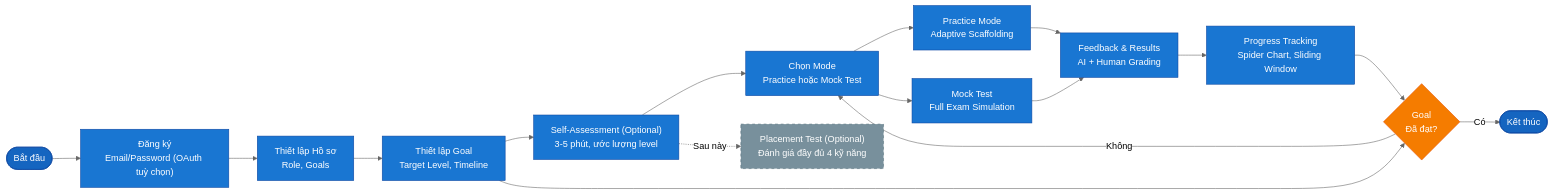
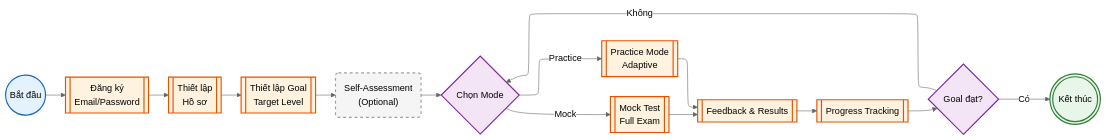
Before and after one commit to nghyane/VSTEP: the ninth of 12 diagrams in docs/capstone/diagrams/flow-diagrams.vi.md, drawn with Mermaid (neutral theme). The commit also changed other lines of this file, not shown here.

First line of the commit message:
refactor(docs): update flow diagrams to Mermaid v11

````diff
--- a/docs/capstone/diagrams/flow-diagrams.vi.md
+++ b/docs/capstone/diagrams/flow-diagrams.vi.md
@@ -657,43 +531,40 @@
 ```mermaid
+---
+config:
+  layout: elk
+---
 flowchart LR
-    Start(["Bắt đầu"])
-    Reg["Đăng ký<br/>Email/Password (OAuth tuỳ chọn)"]
-    Profile["Thiết lập Hồ sơ<br/>Role, Goals"]
-    GoalSet["Thiết lập Goal<br/>Target Level, Timeline"]
-    SelfAssess["Self-Assessment (Optional)<br/>3-5 phút, ước lượng level"]
-    Select["Chọn Mode<br/>Practice hoặc Mock Test"]
-    Practice["Practice Mode<br/>Adaptive Scaffolding"]
-    Mock["Mock Test<br/>Full Exam Simulation"]
-    Feedback["Feedback & Results<br/>AI + Human Grading"]
-    Progress["Progress Tracking<br/>Spider Chart, Sliding Window"]
-    GoalCheck{"Goal<br/>Đã đạt?"}
-    Placement["Placement Test (Optional)<br/>Đánh giá đầy đủ 4 kỹ năng"]
-    End(["Kết thúc"])
+    Start@{ shape: circle, label: "Bắt đầu" }
+    Reg@{ shape: fr-rect, label: "Đăng ký<br/>Email/Password" }
+    Profile@{ shape: fr-rect, label: "Thiết lập<br/>Hồ sơ" }
+    Goal@{ shape: fr-rect, label: "Thiết lập Goal<br/>Target Level" }
+    SelfAssess@{ shape: rounded, label: "Self-Assessment<br/>(Optional)" }
+    Select@{ shape: diam, label: "Chọn Mode" }
+    Practice@{ shape: fr-rect, label: "Practice Mode<br/>Adaptive" }
+    Mock@{ shape: fr-rect, label: "Mock Test<br/>Full Exam" }
+    Feedback@{ shape: fr-rect, label: "Feedback & Results" }
+    Progress@{ shape: fr-rect, label: "Progress Tracking" }
+    GoalCheck@{ shape: diam, label: "Goal đạt?" }
+    End@{ shape: dbl-circ, label: "Kết thúc" }
 
-    Start --> Reg
-    Reg --> Profile
-    Profile --> GoalSet
-    GoalSet --> SelfAssess
-    SelfAssess --> Select
-    Select --> Practice
-    Select --> Mock
+    Start --> Reg --> Profile --> Goal --> SelfAssess --> Select
+    Select -->|"Practice"| Practice
+    Select -->|"Mock"| Mock
     Practice --> Feedback
     Mock --> Feedback
-    Feedback --> Progress
-    Progress --> GoalCheck
-    GoalSet --> GoalCheck
+    Feedback --> Progress --> GoalCheck
     GoalCheck -->|"Không"| Select
     GoalCheck -->|"Có"| End
-    SelfAssess -.->|"Sau này"| Placement
 
-    classDef start fill:#1565c0,stroke:#0d47a1,color:#fff
-    classDef process fill:#1976d2,stroke:#0d47a1,color:#fff
-    classDef decision fill:#f57c00,stroke:#e65100,color:#fff
-    classDef outcome fill:#7b1fa2,stroke:#4a148c,color:#fff
-    classDef optional fill:#78909c,stroke:#546e7a,color:#fff,stroke-dasharray: 5 5
+    classDef start fill:#e3f2fd,stroke:#1565c0,stroke-width:2px
+    classDef process fill:#fff3e0,stroke:#e65100,stroke-width:2px
+    classDef decision fill:#f3e5f5,stroke:#7b1fa2,stroke-width:2px
+    classDef success fill:#e8f5e9,stroke:#2e7d32,stroke-width:2px
+    classDef optional fill:#f5f5f5,stroke:#9e9e9e,stroke-width:2px,stroke-dasharray: 5 5
 
-    class Start,End start
-    class Reg,Profile,GoalSet,SelfAssess,Practice,Mock,Feedback,Progress,Select process
-    class GoalCheck decision
-    class Placement optional
+    class Start start
+    class Reg,Profile,Goal,Practice,Mock,Feedback,Progress process
+    class Select,GoalCheck decision
+    class End success
+    class SelfAssess optional
 ```
````
